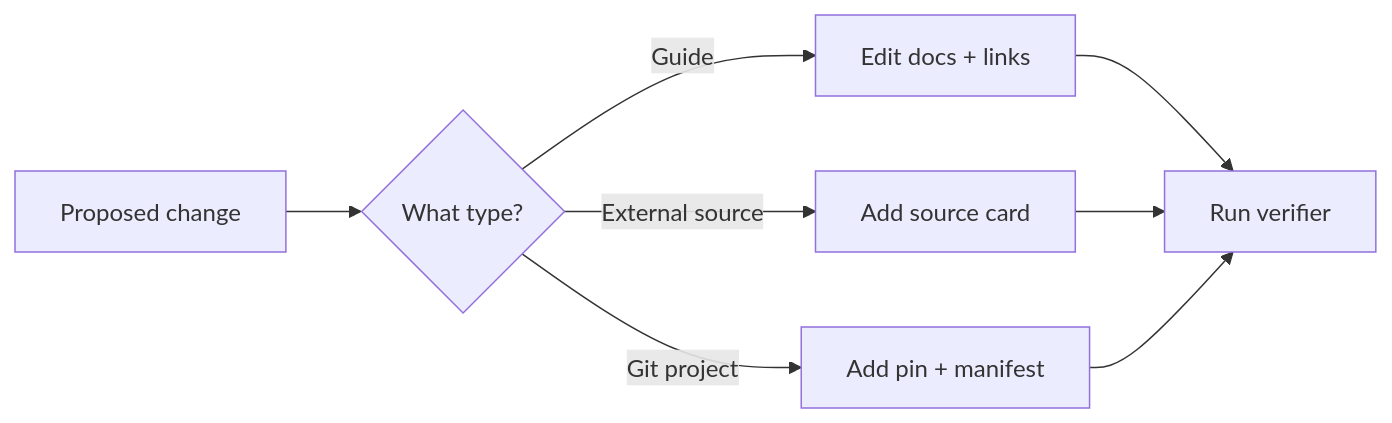
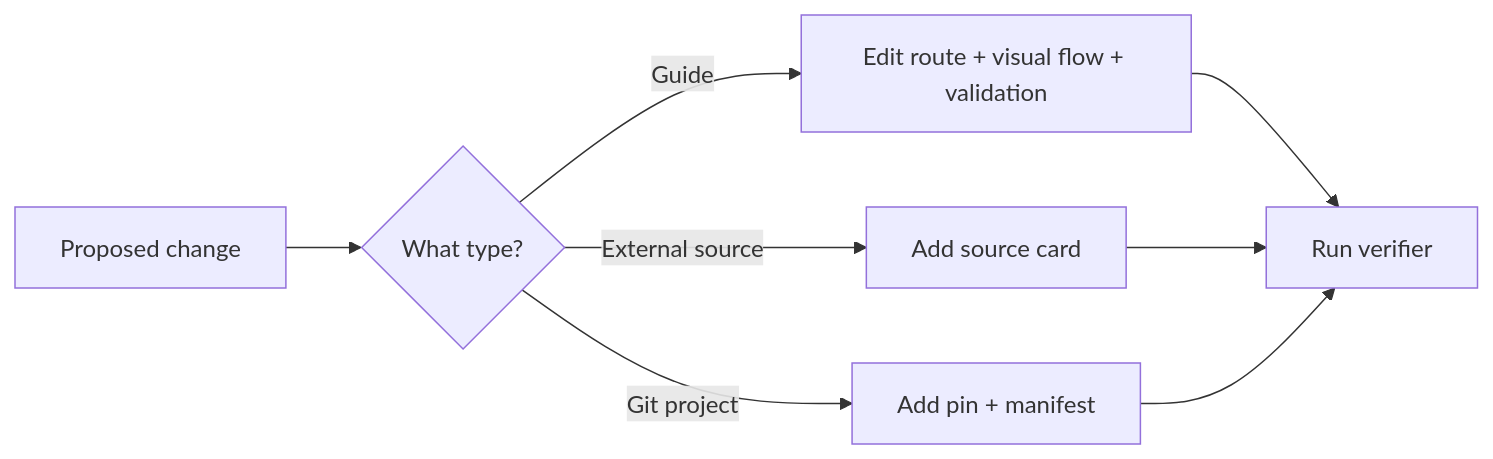
The diagram in CONTRIBUTING.md (haohlin/H3VR-modding-handbook), drawn with Mermaid before and after one commit. The commit also changed other lines of this file and 4 other files, not shown here.

```diff
--- a/CONTRIBUTING.md
+++ b/CONTRIBUTING.md
@@ -3,10 +13,10 @@
 ~~~mermaid
 flowchart LR
   change[Proposed change] --> type{What type?}
-  type -->|Guide| guide[Edit docs + links]
+  type -->|Guide| guide[Edit route + visual flow + validation]
   type -->|External source| card[Add source card]
   type -->|Git project| submodule[Add pin + manifest]
   guide --> verify[Run verifier]
   card --> verify
   submodule --> verify
 ~~~
```
